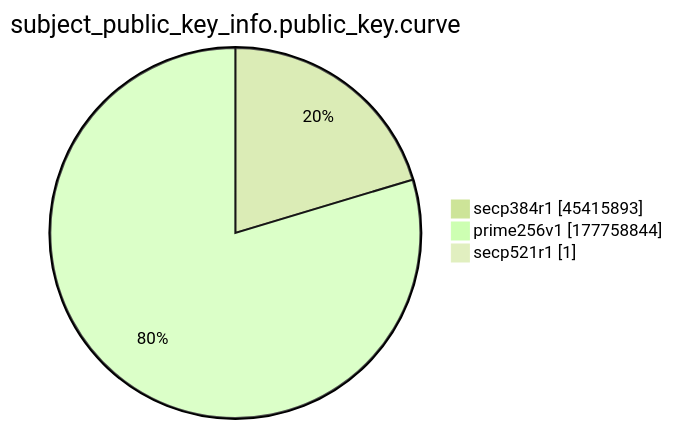
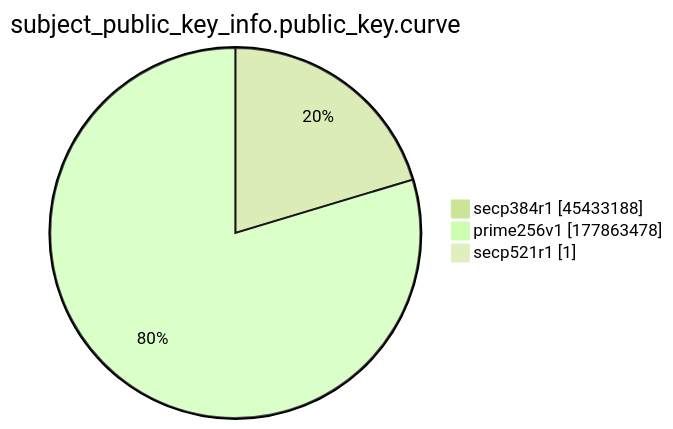
Before and after one commit to christiankrug/ctmonitor_visualization: the ninth of 15 diagrams in xenon2022/README.md, drawn with Mermaid (forest theme). The commit also changed other lines of this file, not shown here.

````diff
--- a/xenon2022/README.md
+++ b/xenon2022/README.md
@@ -2873,7 +2873,7 @@
 ```mermaid
 pie showData
 title subject_public_key_info.public_key.curve
-"secp384r1" :45415893
-"prime256v1" :177758844
+"secp384r1" :45433188
+"prime256v1" :177863478
 "secp521r1" :1
 ```
````
